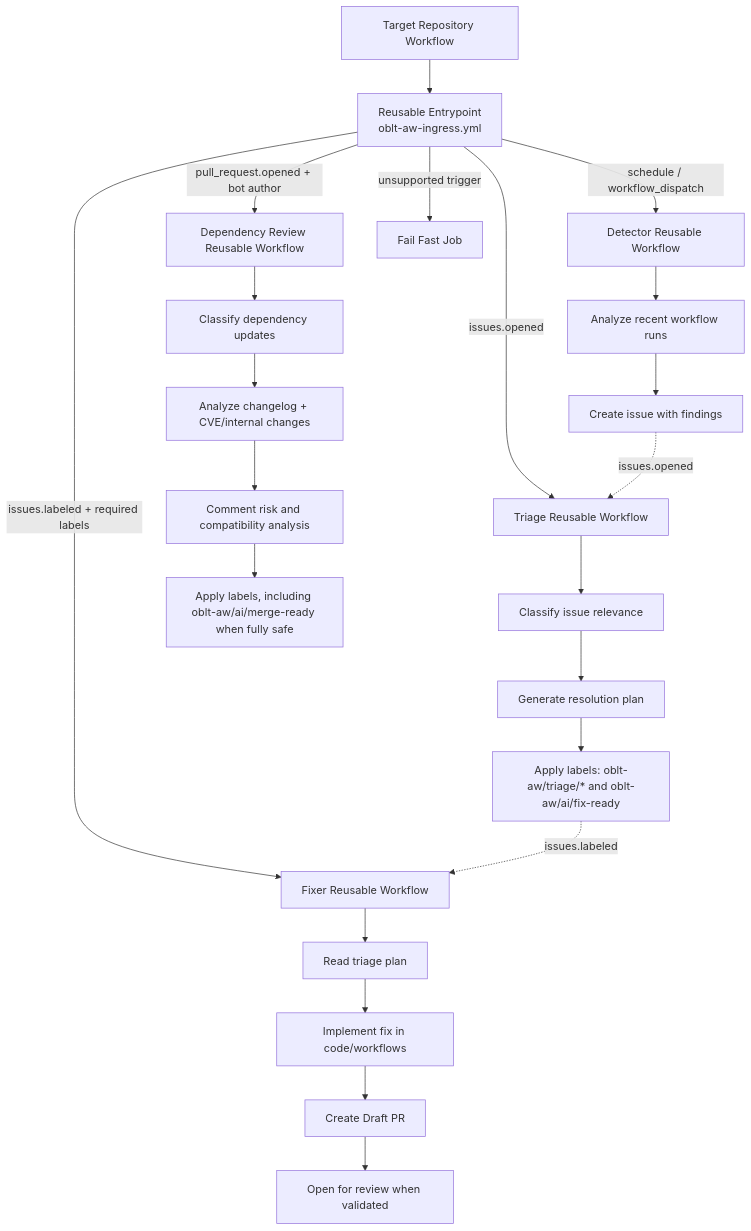
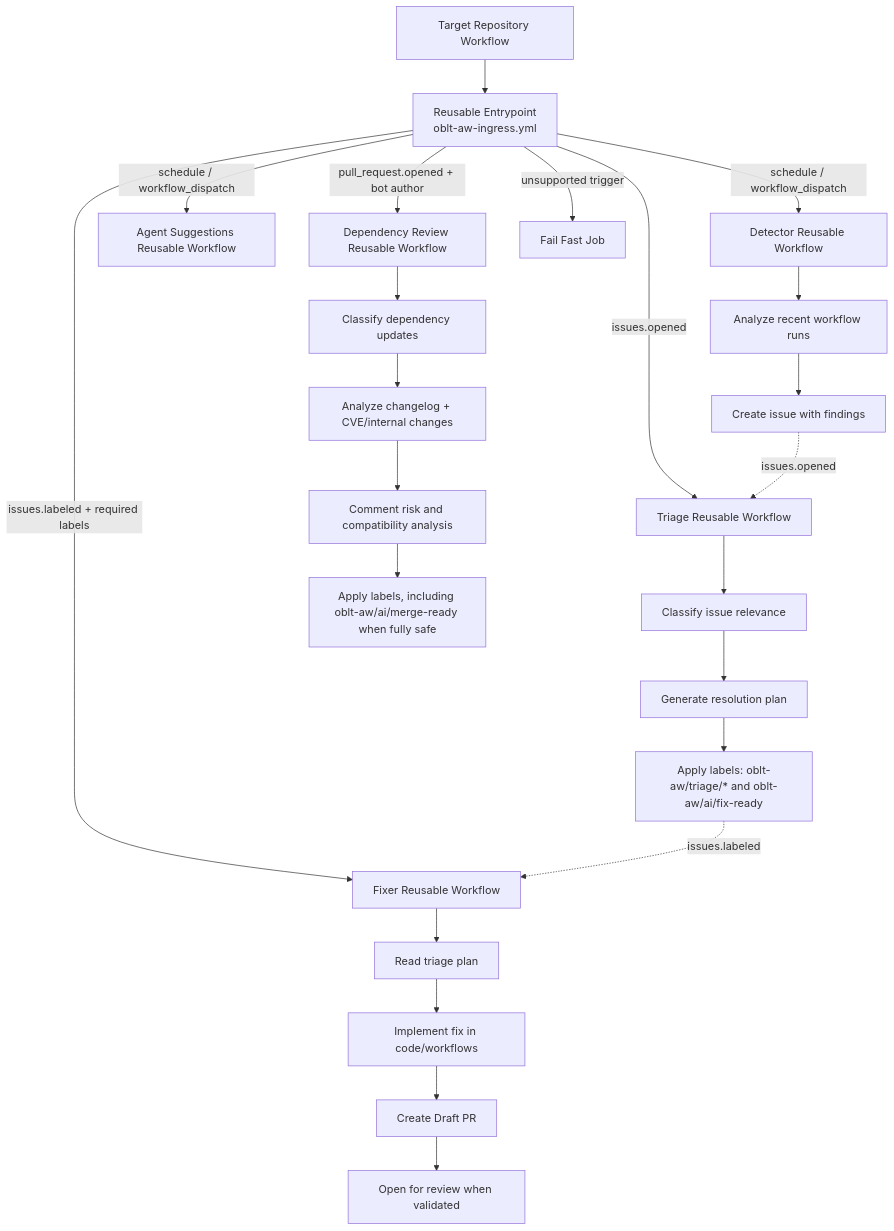
Before and after one commit to elastic/oblt-aw: the diagram in README.md, drawn with Mermaid. The commit also changed other lines of this file and 3 other files, not shown here.

Commit message:
Add adent suggestions agentic workflow

````diff
--- a/README.md
+++ b/README.md
@@ -121,30 +131,31 @@
 ```mermaid
 flowchart TD
   A[Target Repository Workflow] --> B[Reusable Entrypoint<br/>oblt-aw-ingress.yml]
 
   B -->|schedule / workflow_dispatch| C[Detector Reusable Workflow]
+  B -->|schedule / workflow_dispatch| G[Agent Suggestions Reusable Workflow]
   B -->|issues.opened| D[Triage Reusable Workflow]
   B -->|issues.labeled + required labels| E[Fixer Reusable Workflow]
   B -->|pull_request.opened + bot author| F[Dependency Review Reusable Workflow]
   B -->|unsupported trigger| X[Fail Fast Job]
 
   C --> C1[Analyze recent workflow runs]
   C1 --> C2[Create issue with findings]
 
   D --> D1[Classify issue relevance]
   D1 --> D2[Generate resolution plan]
   D2 --> D3[Apply labels: oblt-aw/triage/* and oblt-aw/ai/fix-ready]
 
   E --> E1[Read triage plan]
   E1 --> E2[Implement fix in code/workflows]
   E2 --> E3[Create Draft PR]
   E3 --> E4[Open for review when validated]
 
   F --> F1[Classify dependency updates]
   F1 --> F2[Analyze changelog + CVE/internal changes]
   F2 --> F3[Comment risk and compatibility analysis]
   F3 --> F4[Apply labels, including oblt-aw/ai/merge-ready when fully safe]
 
   C2 -.->|issues.opened| D
   D3 -.->|issues.labeled| E
 ```
````
